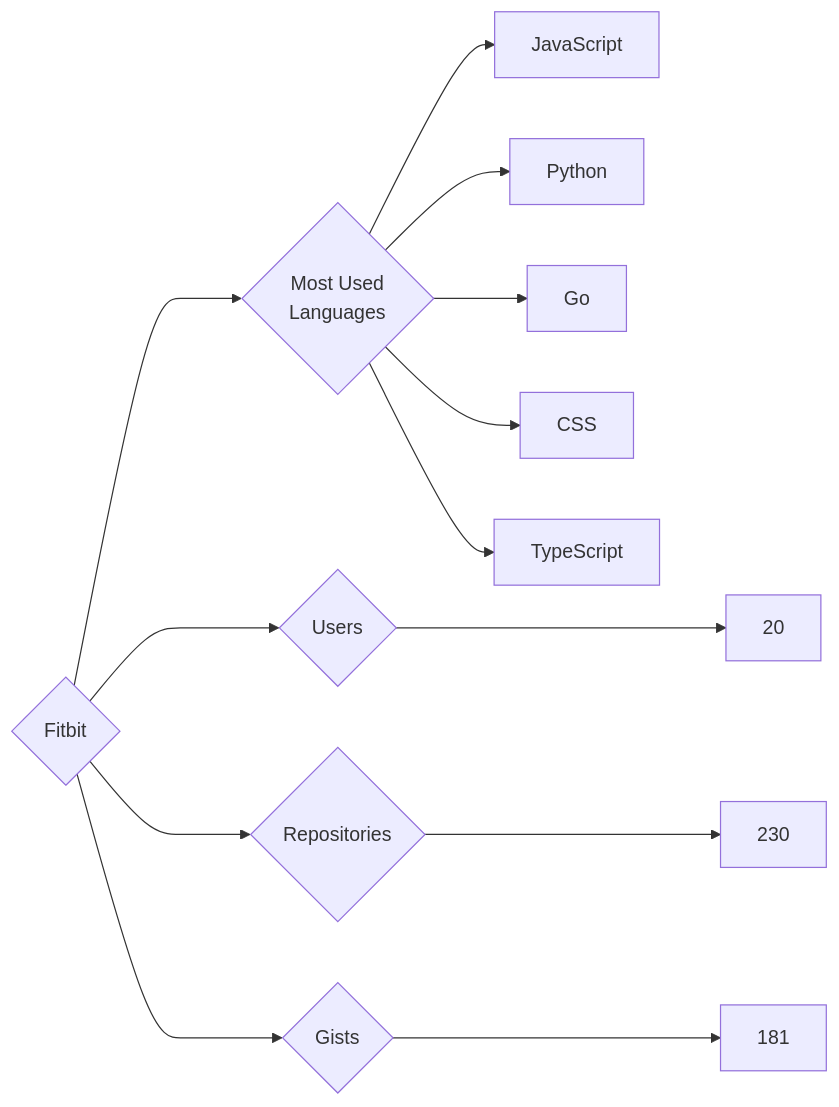
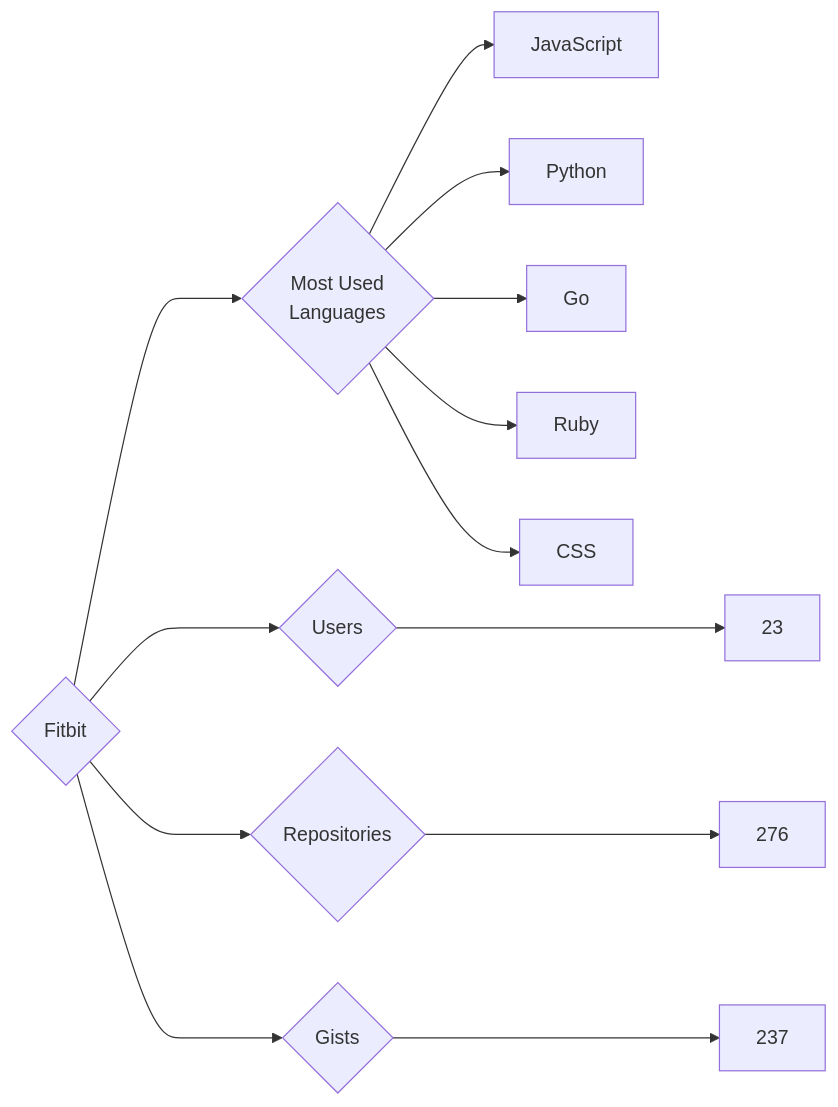
One commit to trickest/insiders changed the diagram in targets/Fitbit/README.md. Above: the diagram before and after it, drawn with Mermaid. The commit also changed 682 other files, not shown here.

````diff
--- a/targets/Fitbit/README.md
+++ b/targets/Fitbit/README.md
@@ -3,13 +3,13 @@
 ```mermaid
 graph LR
 COMPANY_NAME{Fitbit}
-COMPANY_NAME ---> U{Users} ---> UN[20]
-COMPANY_NAME ---> R{Repositories} ---> RN[230]
-COMPANY_NAME ---> G{Gists} ---> GN[181]
+COMPANY_NAME ---> U{Users} ---> UN[23]
+COMPANY_NAME ---> R{Repositories} ---> RN[276]
+COMPANY_NAME ---> G{Gists} ---> GN[237]
 COMPANY_NAME ---> ML{Most Used<br>Languages}
 ML --> JavaScript[JavaScript]
 ML --> Python[Python]
 ML --> Go[Go]
+ML --> Ruby[Ruby]
 ML --> CSS[CSS]
-ML --> TypeScript[TypeScript]
 ```
````
